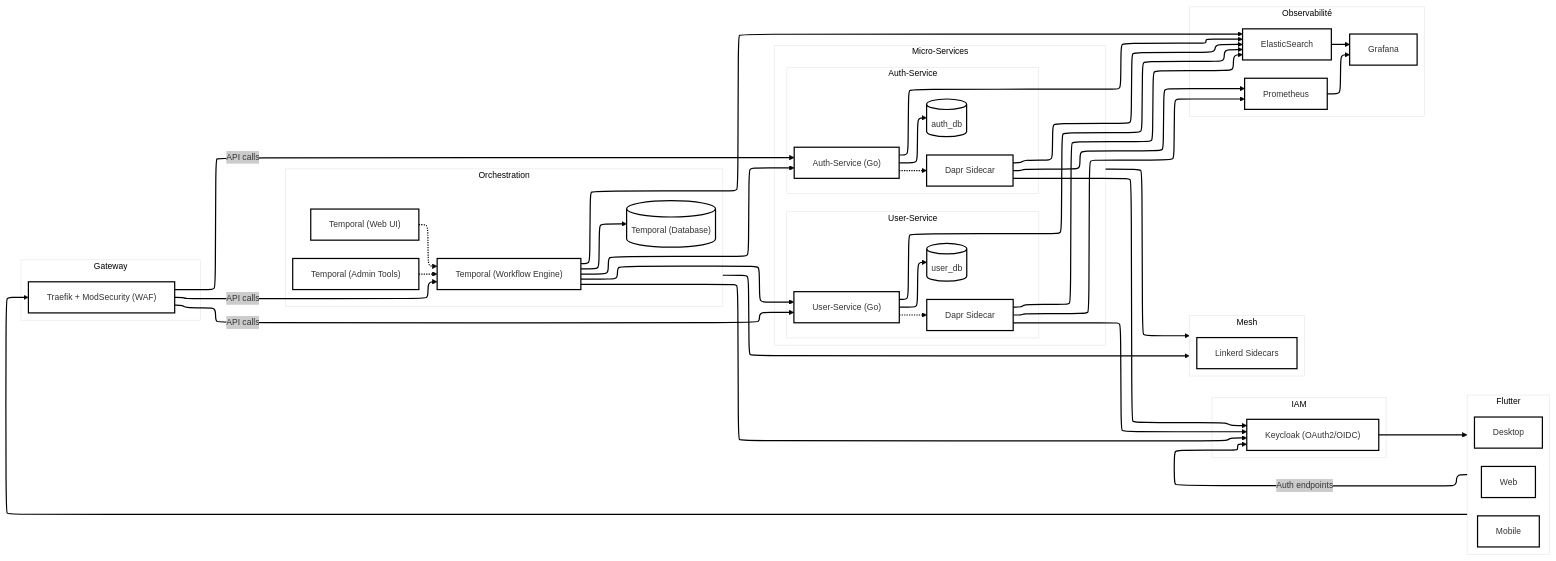
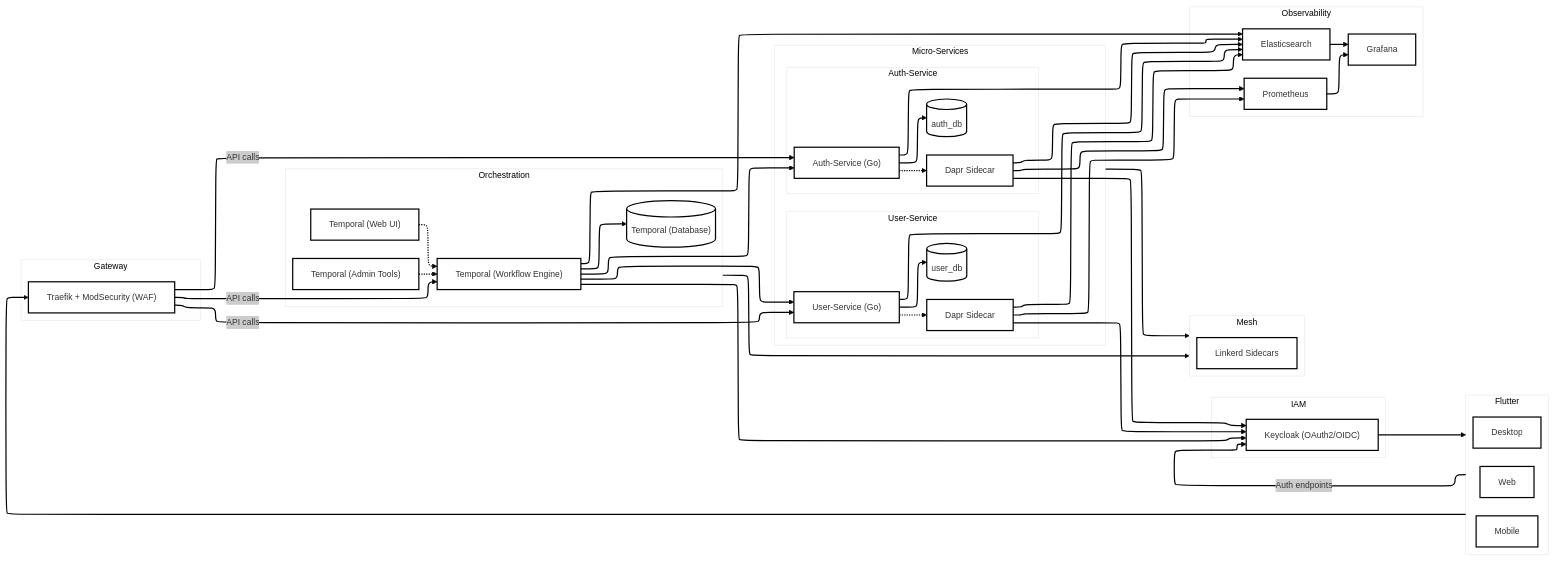
Before and after one commit to b-fontaine/saaster_kit: the diagram in README.md, drawn with Mermaid. The commit also changed other lines of this file and 2 other files, not shown here.

````diff
--- a/README.md
+++ b/README.md
@@ -27,60 +29,60 @@
 ```mermaid
 ---
 config:
   theme: neo
   layout: elk
 ---
 flowchart LR
    subgraph Flutter["Flutter"]
       A1["Web"]
       A2["Mobile"]
       A3["Desktop"]
    end
    subgraph IAM["IAM"]
       C["Keycloak (OAuth2/OIDC)"]
    end
    subgraph Gateway["Gateway"]
       B["Traefik + ModSecurity (WAF)"]
    end
    subgraph Orchestration["Orchestration"]
       direction TB
       D["Temporal (Workflow Engine)"]
       D1["Temporal (Admin Tools)"]
       D2["Temporal (Web UI)"]
       D3[("Temporal (Database)")]
    end
    subgraph Mesh
       M[Linkerd Sidecars]
    end
    subgraph Micro-Services
       subgraph s1["Auth-Service"]
          Service1["Auth-Service (Go)"]
          DB-Service1[("auth_db")]
          Dapr1["Dapr Sidecar"]
       end
       subgraph s2["User-Service"]
          Service2["User-Service (Go)"]
          DB-Service2[("user_db")]
          Dapr2["Dapr Sidecar"]
       end
    end
-   subgraph s3["Observabilité"]
+   subgraph s3["Observability"]
       G["Grafana"]
       P["Prometheus"]
-      L["ElasticSearch"]
+      L["Elasticsearch"]
    end
    Orchestration & Micro-Services ---> Mesh
    D ---> D3
    D1 -.-> D
    D2 -.-> D
    P --> G
    Flutter --> B
    C --> Flutter -->|Auth endpoints| C
    B -->|API calls| D & Service1 & Service2
    D --> C & Service1 & Service2 & L
    Service1 --> DB-Service1 & L
    Service2 --> DB-Service2 & L
    Service1 -.-> Dapr1 --> C & L & P
    Service2 -.-> Dapr2 --> C & L & P
    L --> G
 ```
````
